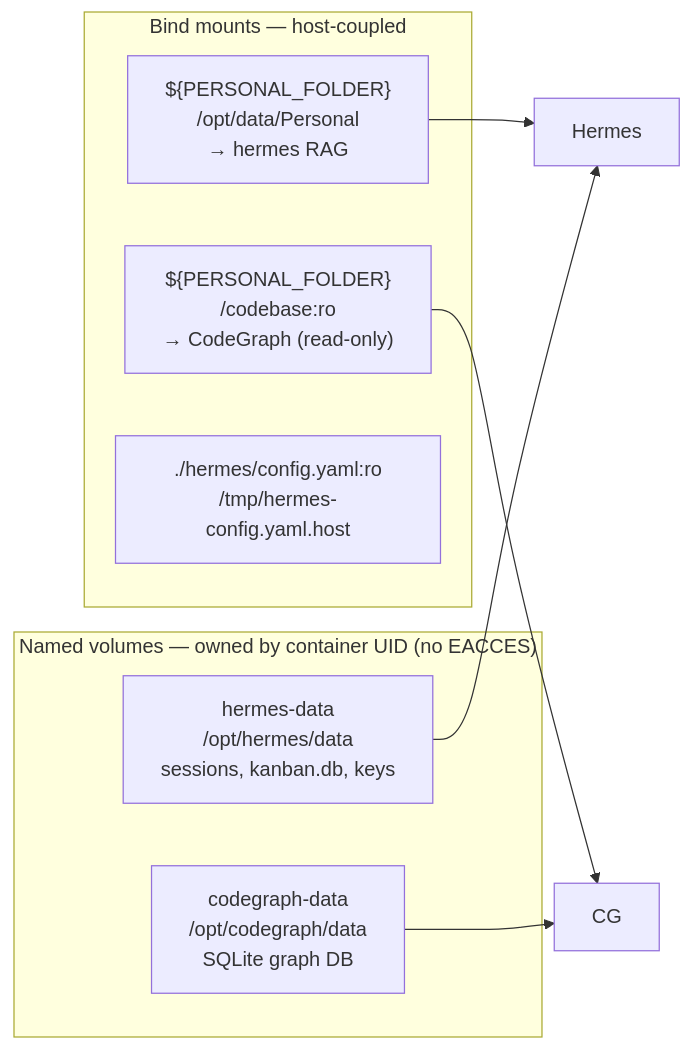
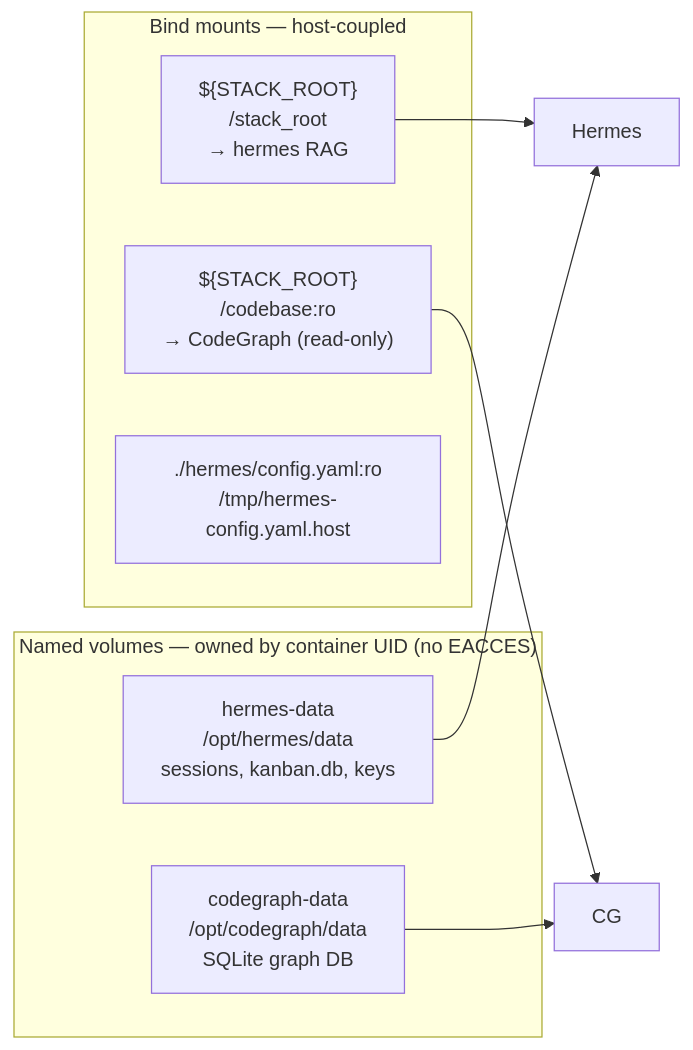
Before and after one commit to ayedaemon/pai-stack: the second of 4 diagrams in docs/BLUEPRINT.md, drawn with Mermaid. The commit also changed other lines of this file and 37 other files, not shown here.

````diff
--- a/docs/BLUEPRINT.md
+++ b/docs/BLUEPRINT.md
@@ -94,16 +94,16 @@
 ```mermaid
 flowchart LR
     subgraph Volumes["Named volumes — owned by container UID (no EACCES)"]
         V1["hermes-data<br/>/opt/hermes/data<br/>sessions, kanban.db, keys"]
         V2["codegraph-data<br/>/opt/codegraph/data<br/>SQLite graph DB"]
     end
     subgraph Binds["Bind mounts — host-coupled"]
-        B1["${PERSONAL_FOLDER}<br/>/opt/data/Personal<br/>→ hermes RAG"]
-        B2["${PERSONAL_FOLDER}<br/>/codebase:ro<br/>→ CodeGraph (read-only)"]
+        B1["${STACK_ROOT}<br/>/stack_root<br/>→ hermes RAG"]
+        B2["${STACK_ROOT}<br/>/codebase:ro<br/>→ CodeGraph (read-only)"]
         B3["./hermes/config.yaml:ro<br/>/tmp/hermes-config.yaml.host"]
     end
     B1 --> Hermes
     B2 --> CG
     V1 --> Hermes
     V2 --> CG
 ```
````
